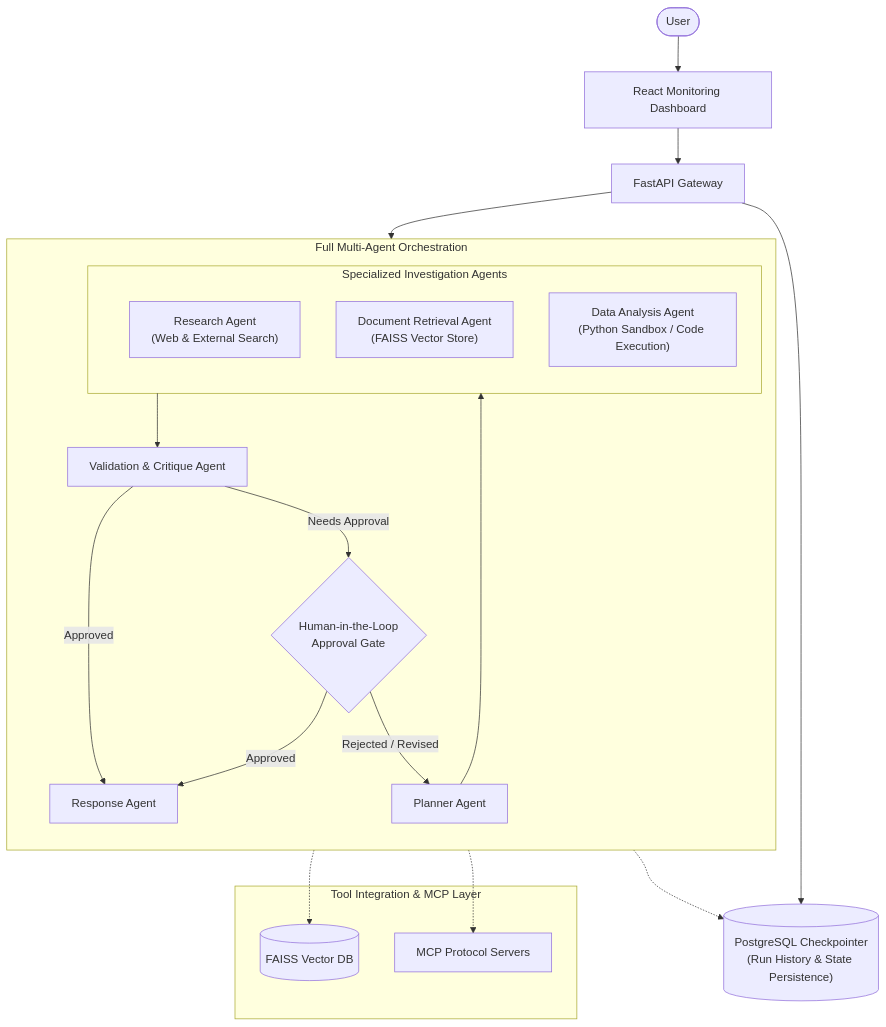
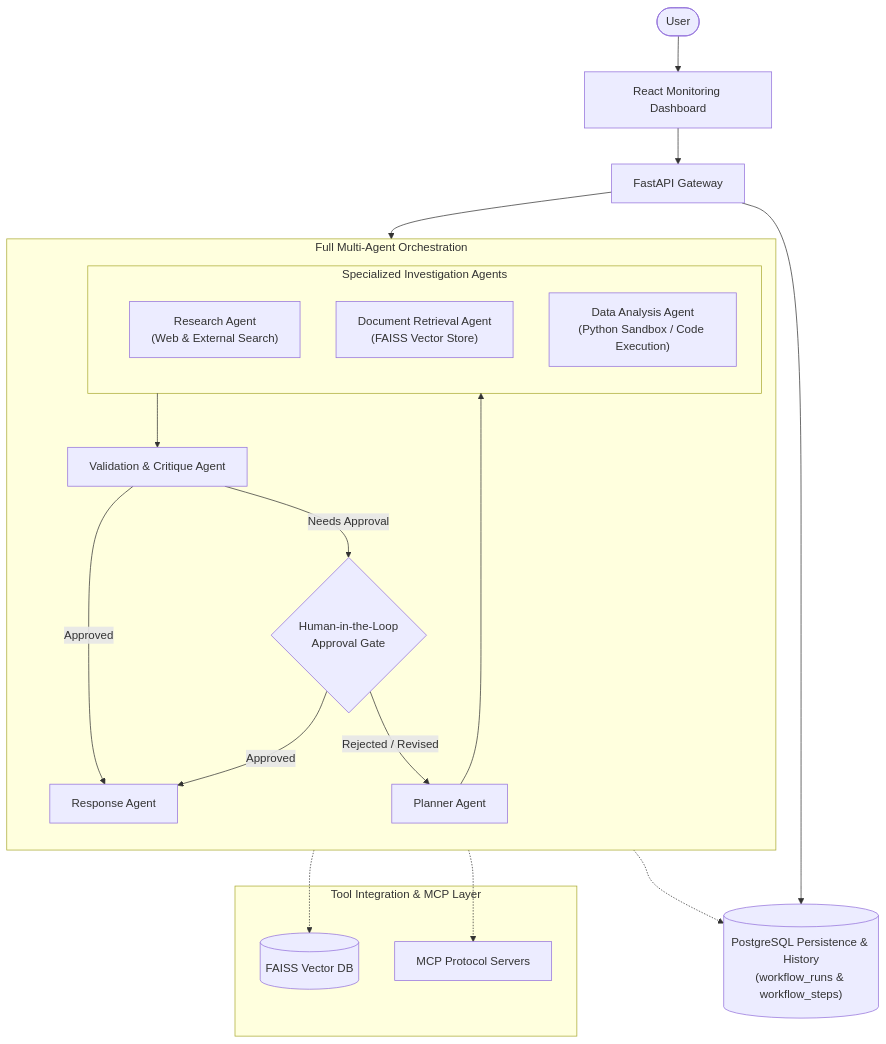
The fourth of 4 diagrams in docs/architecture.md (chargedleo/multi-agent-workflow-platform), drawn with Mermaid before and after one commit. The commit also changed other lines of this file and 36 other files, not shown here.

Commit message:
feat: complete Milestone 2 - PostgreSQL persistence and workflow run history

````diff
--- a/docs/architecture.md
+++ b/docs/architecture.md
@@ -127,38 +208,38 @@
 ```mermaid
 flowchart TD
     User([User]) --> UI["React Monitoring Dashboard"]
     UI --> API["FastAPI Gateway"]
-    API --> Checkpointer[("PostgreSQL Checkpointer\n(Run History & State Persistence)")]
+    API --> Checkpointer[("PostgreSQL Persistence & History\n(workflow_runs & workflow_steps)")]
     
     subgraph MultiAgentSystem ["Full Multi-Agent Orchestration"]
         direction TB
         PlannerAgent["Planner Agent"]
         
         subgraph ParallelExecution ["Specialized Investigation Agents"]
             ResearchAgent["Research Agent\n(Web & External Search)"]
             DocAgent["Document Retrieval Agent\n(FAISS Vector Store)"]
             DataAgent["Data Analysis Agent\n(Python Sandbox / Code Execution)"]
         end
         
         ValidationAgent["Validation & Critique Agent"]
         HITL{"Human-in-the-Loop\nApproval Gate"}
         ResponseAgent["Response Agent"]
         
         PlannerAgent --> ParallelExecution
         ParallelExecution --> ValidationAgent
         ValidationAgent -->|Needs Approval| HITL
         ValidationAgent -->|Approved| ResponseAgent
         HITL -->|Approved| ResponseAgent
         HITL -->|Rejected / Revised| PlannerAgent
     end
 
     API --> MultiAgentSystem
     MultiAgentSystem -.-> Checkpointer
     
     subgraph ExternalTools ["Tool Integration & MCP Layer"]
         FAISS[("FAISS Vector DB")]
         MCP["MCP Protocol Servers"]
         DocAgent -.-> FAISS
         ResearchAgent -.-> MCP
     end
 ```
````
